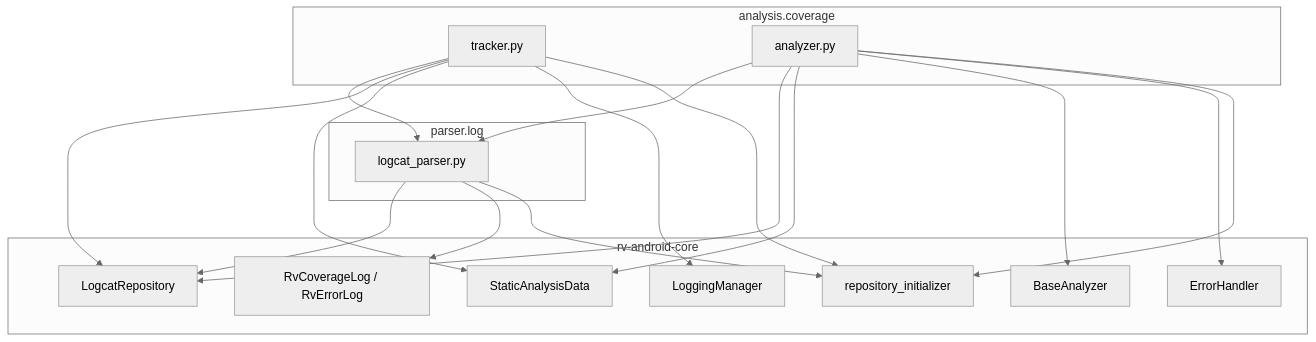
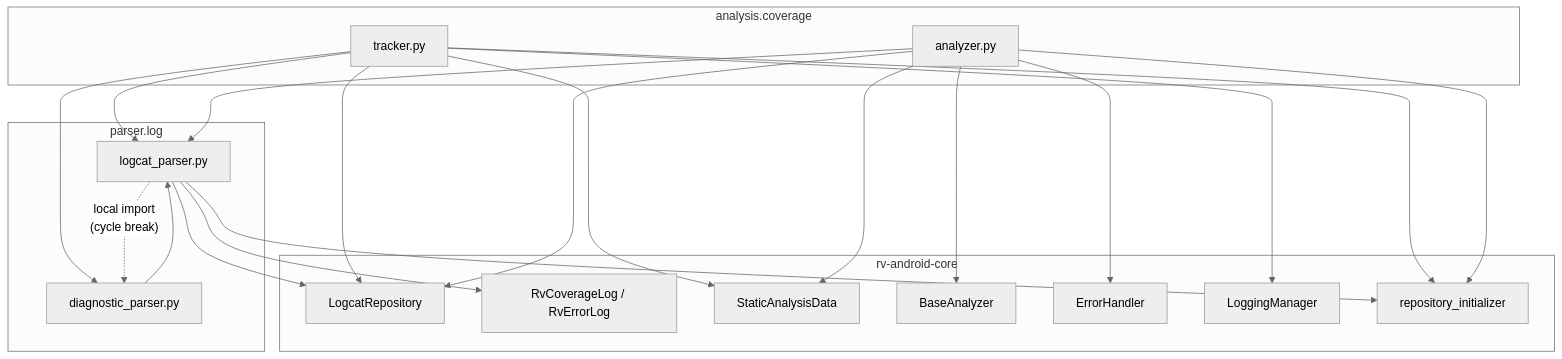
Before and after one commit to PAMunb/rvsec: the third of 5 diagrams in rv-android/modules/rv-coverage/docs/architecture.md, drawn with Mermaid. The commit also changed other lines of this file and 30 other files, not shown here.

````diff
--- a/rv-android/modules/rv-coverage/docs/architecture.md
+++ b/rv-android/modules/rv-coverage/docs/architecture.md
@@ -320,37 +377,41 @@
 ```mermaid
 %%{init: {'theme': 'neutral'}}%%
 flowchart TB
     subgraph AnalysisPkg["analysis.coverage"]
         Tracker["tracker.py"]
         Analyzer["analyzer.py"]
     end
     subgraph ParserPkg["parser.log"]
         LogcatParser["logcat_parser.py"]
+        DiagParser["diagnostic_parser.py"]
     end
     subgraph CoreDeps["rv-android-core"]
         Repository["LogcatRepository"]
         DomainModels["RvCoverageLog / RvErrorLog"]
         StaticData["StaticAnalysisData"]
         BaseAnalyzerCls["BaseAnalyzer"]
         ErrorHandlerCls["ErrorHandler"]
         LogManager["LoggingManager"]
         RepoInit["repository_initializer"]
     end
 
     Tracker --> LogcatParser
+    Tracker --> DiagParser
+    DiagParser --> LogcatParser
+    LogcatParser -.->|"local import<br/>(cycle break)"| DiagParser
     Tracker --> Repository
     Tracker --> StaticData
     Tracker --> LogManager
     Tracker --> RepoInit
 
     Analyzer --> LogcatParser
     Analyzer --> Repository
     Analyzer --> StaticData
     Analyzer --> BaseAnalyzerCls
     Analyzer --> ErrorHandlerCls
     Analyzer --> RepoInit
 
     LogcatParser --> Repository
     LogcatParser --> DomainModels
     LogcatParser --> RepoInit
 ```
````
